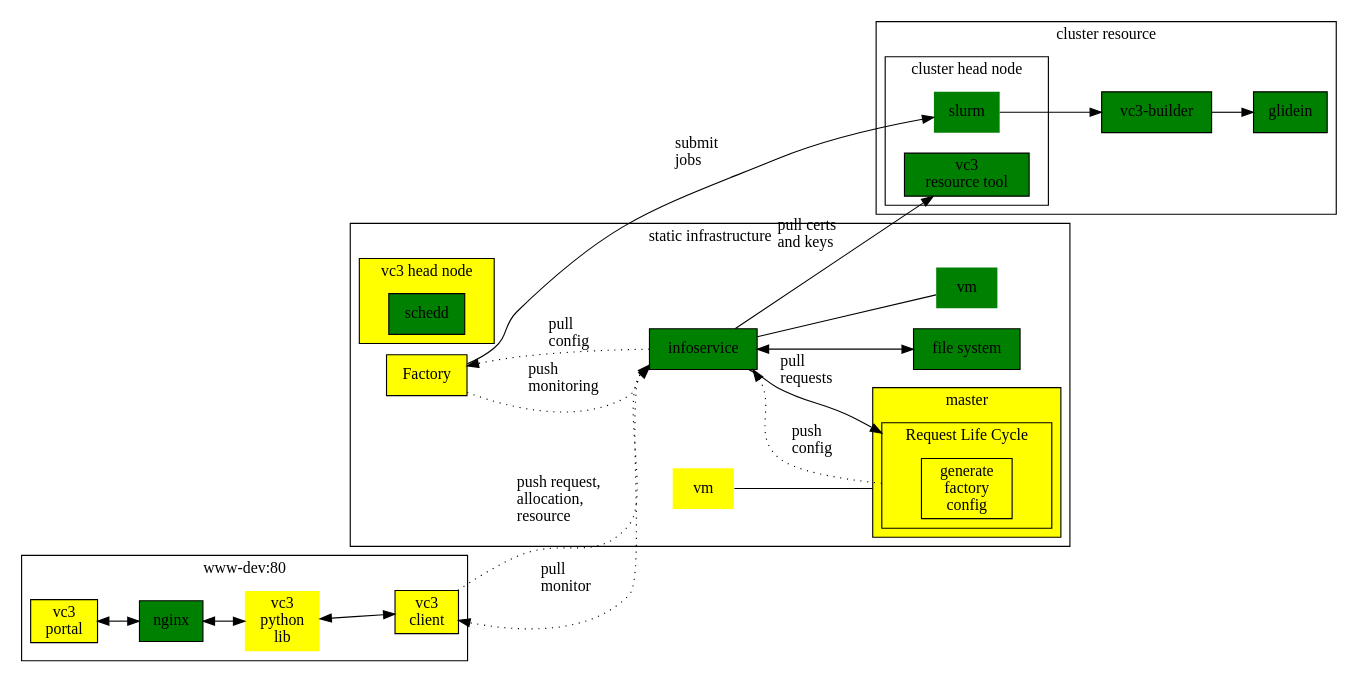
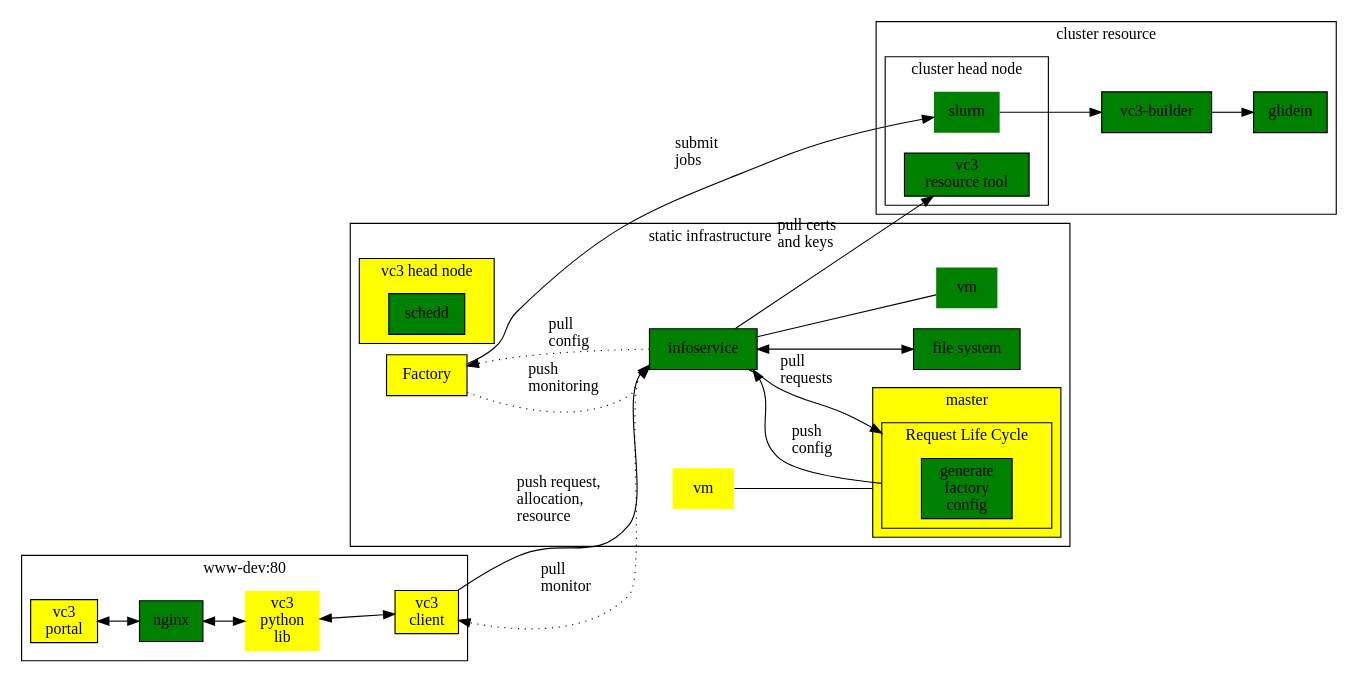
Before and after one commit to vc3-project/vc3-docs: the diagram in diagrams/all_semaphore_092017.dot, drawn with Graphviz.

Commit message:
update confs color

```diff
--- a/diagrams/all_semaphore_092017.dot
+++ b/diagrams/all_semaphore_092017.dot
@@ -1,100 +1,100 @@
 digraph vc3 {
     compound    = true;
     #concentrate = true;
     labelloc    = "tl";
     rankdir     = "LR";
 
     node [shape=box, style=filled];
 
 
     subgraph cluster_web {
         label = "www-dev:80";
 
         nginx         [fillcolor=green];
         vc3lib_web    [label = "vc3\npython\nlib"][shape="none"][fillcolor = yellow];
         vc3client_web [label = "vc3\nclient"][fillcolor = yellow];
 
         portal        [label = "vc3\nportal"][fillcolor = yellow];
 
         nginx         -> vc3lib_web    [dir = both];
         vc3lib_web    -> vc3client_web [dir = both];
 
         portal        -> nginx         [dir = both];
     }
 
     subgraph cluster_static {
         label = "static infrastructure";
 
         vmmaster     [label = "vm"][shape = none][fillcolor = yellow];
         apf          [label = "Factory"][fillcolor = yellow];
 
         subgraph cluster_infoservice {
             label     = "";
             style     = invis;
             infoservice  [fillcolor = green];
             fsinfo       [label="file system"][fillcolor = green];
             vminfo       [label = "vm"][shape = none][fillcolor = green];
 
             infoservice  -> vminfo  [dir = none];
             infoservice  -> fsinfo  [dir = both];
         }
 
         subgraph cluster_headnode {
             style     = filled;
             fillcolor = yellow;
 
             label = "vc3 head node";
             
             schedd [ label = "schedd" ][ fillcolor = "green" ];
         }
 
         subgraph cluster_master {
             style     = filled;
             fillcolor = yellow;
 
             label = "master";
 
             subgraph cluster_request_lc
                 {
                     label = "Request Life Cycle";
                     fillcolor = yellow;
-                    genconf [label = "generate\nfactory\nconfig"][fillcolor = yellow];
+                    genconf [label = "generate\nfactory\nconfig"][fillcolor = green];
                 }
         }
 
         infoservice  -> genconf      [label = "pull\lrequests\l", lhead = cluster_request_lc];
-        genconf      -> infoservice  [label = "push\lconfig\l", ltail = cluster_request_lc, style = dotted];
+        genconf      -> infoservice  [label = "push\lconfig\l", ltail = cluster_request_lc];
 
         infoservice  -> apf         [label = "pull\lconfig\l"][style = dotted];
         apf          -> infoservice [label = "push\lmonitoring\l"][style = dotted];
 
         vmmaster     -> genconf     [lhead = cluster_master][dir = none];
     }
 
     subgraph cluster_dynamic {
         label = "dynamic infrastructure";
     }
 
     subgraph cluster_resource {
         label = "cluster resource";
 
         subgraph cluster_resource_head_node {
             label = "cluster head node";
             vc3resourcetool [label = "vc3\nresource tool"][fillcolor = green];
             slurm           [shape = none][fillcolor = green];
         }
 
         vc3builder   [label = "vc3-builder"][fillcolor = green];
         glidein      [fillcolor = green];
 
         slurm        -> vc3builder;
         vc3builder   -> glidein;
     }
 
-    vc3client_web -> infoservice   [ label = "push request,\lallocation,\lresource\l" ][style = dotted];
+    vc3client_web -> infoservice   [ label = "push request,\lallocation,\lresource\l" ];
     infoservice   -> vc3client_web [ label = "pull\lmonitor\l" ][style = dotted];
 
     apf          -> slurm       [label = "\n\nsubmit\ljobs\l"];
 
     infoservice -> vc3resourcetool [label = "\n\n\npull certs\land keys\l"];
 }
```
